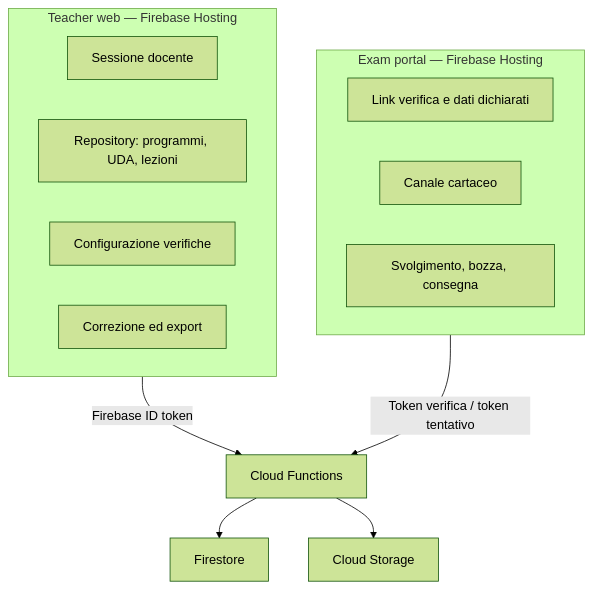
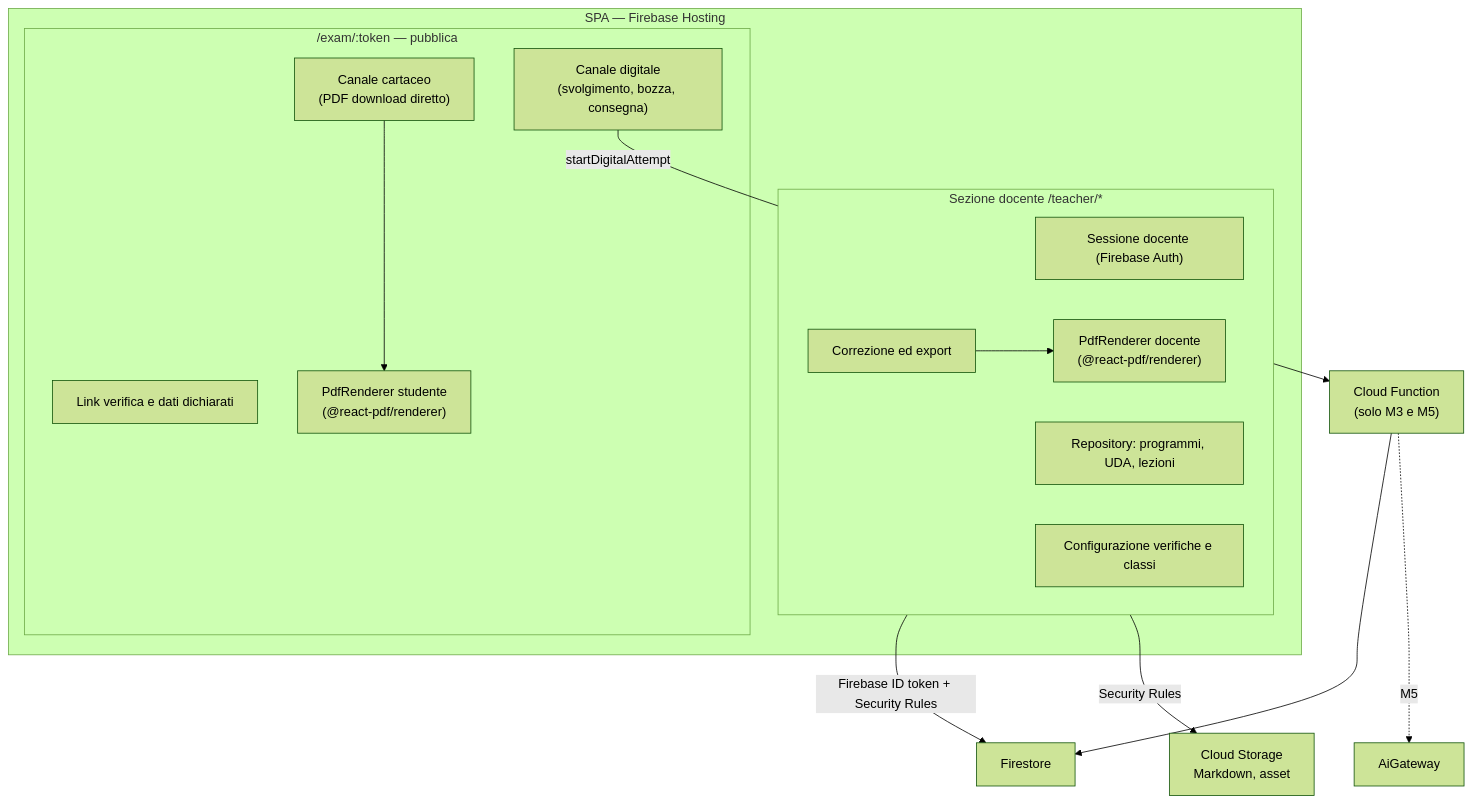
The diagram in documentazione/diagrammi/component-frontend.md (EnricoPaparo/SchoolForge), drawn with Mermaid (forest theme) before and after one commit. The commit also changed other lines of this file and 14 other files, not shown here.

````diff
--- a/documentazione/diagrammi/component-frontend.md
+++ b/documentazione/diagrammi/component-frontend.md
@@ -3,18 +3,26 @@
 ```mermaid
 flowchart TB
-    subgraph T["Teacher web — Firebase Hosting"]
-      Login["Sessione docente"]
-      Repo["Repository: programmi, UDA, lezioni"]
-      Verify["Configurazione verifiche"]
-      Correct["Correzione ed export"]
+    subgraph SPA["SPA — Firebase Hosting"]
+      subgraph T["Sezione docente /teacher/*"]
+        Login["Sessione docente (Firebase Auth)"]
+        Repo["Repository: programmi, UDA, lezioni"]
+        Verify["Configurazione verifiche e classi"]
+        Correct["Correzione ed export"]
+        PdfTeacher["PdfRenderer docente\n(@react-pdf/renderer)"]
+      end
+      subgraph P["/exam/:token — pubblica"]
+        Entry["Link verifica e dati dichiarati"]
+        Paper["Canale cartaceo\n(PDF download diretto)"]
+        Digital["Canale digitale\n(svolgimento, bozza, consegna)"]
+        PdfStudent["PdfRenderer studente\n(@react-pdf/renderer)"]
+      end
     end
-    subgraph P["Exam portal — Firebase Hosting"]
-      Public["Link verifica e dati dichiarati"]
-      Paper["Canale cartaceo"]
-      Digital["Svolgimento, bozza, consegna"]
-    end
-    T -->|"Firebase ID token"| API["Cloud Functions"]
-    P -->|"Token verifica / token tentativo"| API
-    API --> FS["Firestore"]
-    API --> CS["Cloud Storage"]
+
+    T -->|"Firebase ID token + Security Rules"| FS["Firestore"]
+    T -->|"Security Rules"| CS["Cloud Storage\nMarkdown, asset"]
+    Digital -->|"startDigitalAttempt"| CF["Cloud Function\n(solo M3 e M5)"]
+    CF --> FS
+    CF -. "M5" .-> AI["AiGateway"]
+    Paper --> PdfStudent
+    Correct --> PdfTeacher
 ```
````
